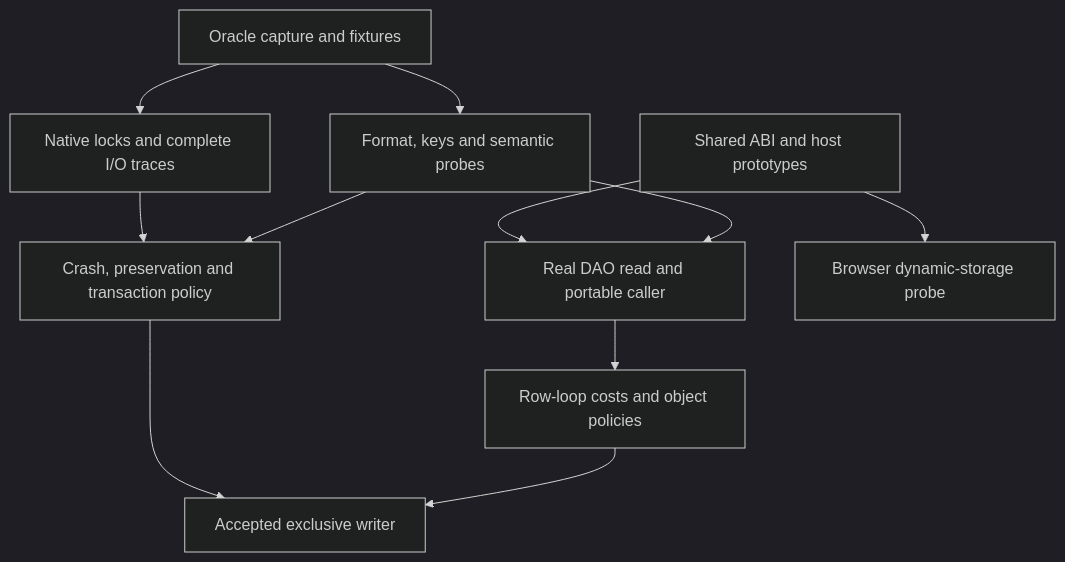
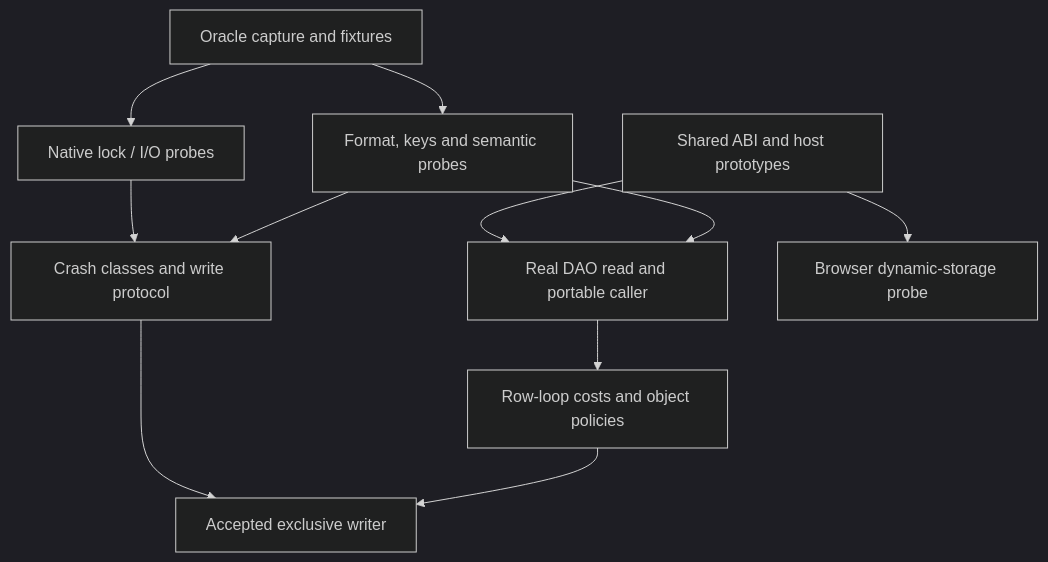
Before and after one commit to DnaCalc/CalcDb: the first of 2 diagrams in docs/book/I-16-development.md, drawn with Mermaid (dark theme). The commit also changed other lines of this file and 22 other files, not shown here.

````diff
--- a/docs/book/I-16-development.md
+++ b/docs/book/I-16-development.md
@@ -37,13 +40,13 @@
 ```mermaid
 flowchart TD
-    O["Oracle capture and fixtures"] --> N["Native locks and complete I/O traces"]
+    O["Oracle capture and fixtures"] --> N["Native lock / I/O probes"]
     O --> S["Format, keys and semantic probes"]
     H["Shared ABI and host prototypes"] --> C["Real DAO read and portable caller"]
     S --> C
-    N --> P["Crash, preservation and transaction policy"]
+    N --> P["Crash classes and write protocol"]
     S --> P
     C --> R["Row-loop costs and object policies"]
     H --> B["Browser dynamic-storage probe"]
     P --> W["Accepted exclusive writer"]
     R --> W
 ```
````
